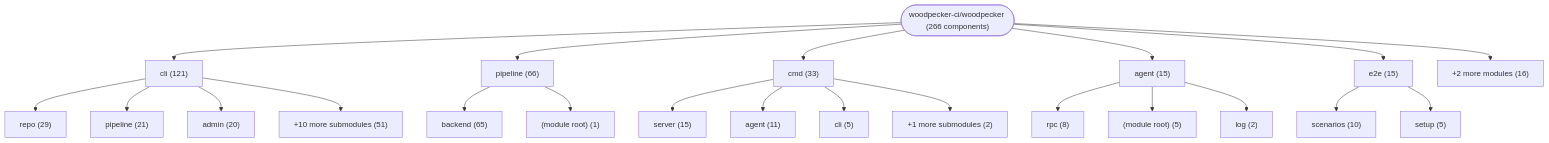
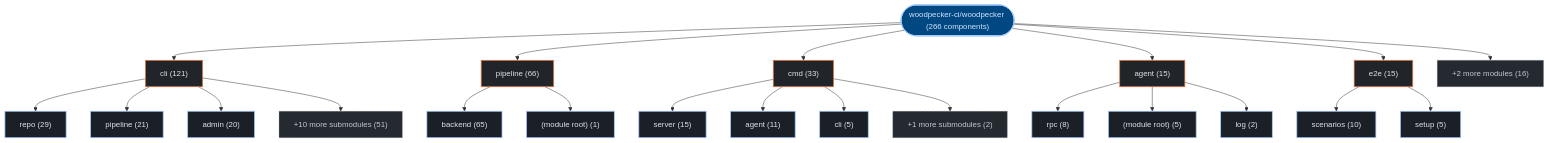
One commit to kumarshaz/atruss-code-atlas changed the first of 3 diagrams in exports/latest/reports/woodpecker-ci-woodpecker-report.md. Above: the diagram before and after it, drawn with Mermaid. The commit also changed other lines of this file and 331 other files, not shown here.

Commit message:
docs,ui,fix: update SDLC docs, reorder CI/CD DAG first, stylize Mermaid, and fix Arc42 pipeline topology

````diff
--- a/exports/latest/reports/woodpecker-ci-woodpecker-report.md
+++ b/exports/latest/reports/woodpecker-ci-woodpecker-report.md
@@ -42,46 +42,53 @@
 ```mermaid
 graph TD;
-    repo_root(["woodpecker-ci/woodpecker (266 components)"])
-    dir_0_cli["cli (121)"]
+  classDef atlasRoot fill:#004882,stroke:#a3c9ff,stroke-width:2px,color:#d3e4ff
+  classDef atlasCategory fill:#212428,stroke:#E87A48,stroke-width:1.5px,color:#dfe3eb
+  classDef atlasWorkflow fill:#1b2026,stroke:#a3c9ff,stroke-width:1.5px,color:#dfe3eb
+  classDef atlasJob fill:#171c22,stroke:#8d9199,stroke-width:1px,color:#dfe3eb
+  classDef atlasTarget fill:#005227,stroke:#8bd99b,stroke-width:1.5px,color:#a7f6b6
+  classDef atlasAlert fill:#93000a,stroke:#ffb4ab,stroke-width:1.5px,color:#ffdad6
+  classDef atlasMore fill:#252a31,stroke:#8d9199,stroke-dasharray:4 4,color:#c3c6cf
+    repo_root(["woodpecker-ci/woodpecker (266 components)"]):::atlasRoot
+    dir_0_cli["cli (121)"]:::atlasCategory
     repo_root --> dir_0_cli
-    sub_0_0_repo["repo (29)"]
+    sub_0_0_repo["repo (29)"]:::atlasWorkflow
     dir_0_cli --> sub_0_0_repo
-    sub_0_1_pipeline["pipeline (21)"]
+    sub_0_1_pipeline["pipeline (21)"]:::atlasWorkflow
     dir_0_cli --> sub_0_1_pipeline
-    sub_0_2_admin["admin (20)"]
+    sub_0_2_admin["admin (20)"]:::atlasWorkflow
     dir_0_cli --> sub_0_2_admin
-    sub_0_more["+10 more submodules (51)"]
+    sub_0_more["+10 more submodules (51)"]:::atlasMore
     dir_0_cli --> sub_0_more
-    dir_1_pipeline["pipeline (66)"]
+    dir_1_pipeline["pipeline (66)"]:::atlasCategory
     repo_root --> dir_1_pipeline
-    sub_1_0_backend["backend (65)"]
+    sub_1_0_backend["backend (65)"]:::atlasWorkflow
     dir_1_pipeline --> sub_1_0_backend
-    sub_1_1__module_root_["(module root) (1)"]
+    sub_1_1__module_root_["(module root) (1)"]:::atlasWorkflow
     dir_1_pipeline --> sub_1_1__module_root_
-    dir_2_cmd["cmd (33)"]
+    dir_2_cmd["cmd (33)"]:::atlasCategory
     repo_root --> dir_2_cmd
-    sub_2_0_server["server (15)"]
+    sub_2_0_server["server (15)"]:::atlasWorkflow
     dir_2_cmd --> sub_2_0_server
-    sub_2_1_agent["agent (11)"]
+    sub_2_1_agent["agent (11)"]:::atlasWorkflow
     dir_2_cmd --> sub_2_1_agent
-    sub_2_2_cli["cli (5)"]
+    sub_2_2_cli["cli (5)"]:::atlasWorkflow
     dir_2_cmd --> sub_2_2_cli
-    sub_2_more["+1 more submodules (2)"]
+    sub_2_more["+1 more submodules (2)"]:::atlasMore
     dir_2_cmd --> sub_2_more
-    dir_3_agent["agent (15)"]
+    dir_3_agent["agent (15)"]:::atlasCategory
     repo_root --> dir_3_agent
-    sub_3_0_rpc["rpc (8)"]
+    sub_3_0_rpc["rpc (8)"]:::atlasWorkflow
     dir_3_agent --> sub_3_0_rpc
-    sub_3_1__module_root_["(module root) (5)"]
+    sub_3_1__module_root_["(module root) (5)"]:::atlasWorkflow
     dir_3_agent --> sub_3_1__module_root_
-    sub_3_2_log["log (2)"]
+    sub_3_2_log["log (2)"]:::atlasWorkflow
     dir_3_agent --> sub_3_2_log
-    dir_4_e2e["e2e (15)"]
+    dir_4_e2e["e2e (15)"]:::atlasCategory
     repo_root --> dir_4_e2e
-    sub_4_0_scenarios["scenarios (10)"]
+    sub_4_0_scenarios["scenarios (10)"]:::atlasWorkflow
     dir_4_e2e --> sub_4_0_scenarios
-    sub_4_1_setup["setup (5)"]
+    sub_4_1_setup["setup (5)"]:::atlasWorkflow
     dir_4_e2e --> sub_4_1_setup
-    dir_other_modules["+2 more modules (16)"]
+    dir_other_modules["+2 more modules (16)"]:::atlasMore
     repo_root --> dir_other_modules
 ```
````
